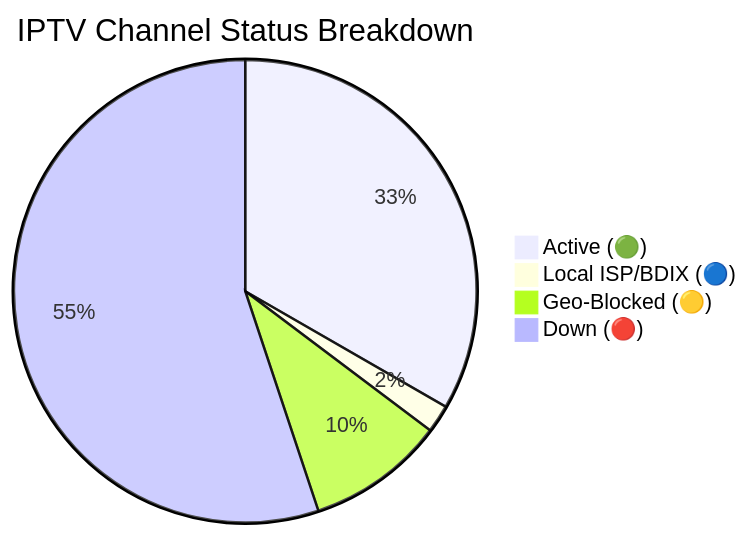
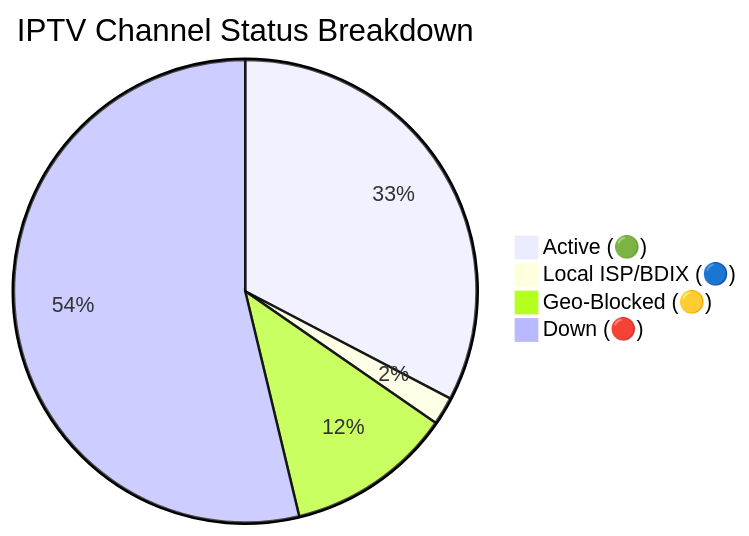
One commit to andreataylord/Ip-tv-Collection changed the diagram in README.md. Above: the diagram before and after it, drawn with Mermaid. The commit also changed other lines of this file and 2 other files, not shown here.

````diff
--- a/README.md
+++ b/README.md
@@ -59,7 +59,7 @@
 ```mermaid
 pie title IPTV Channel Status Breakdown
-    "Active (🟢)" : 2181
+    "Active (🟢)" : 2144
     "Local ISP/BDIX (🔵)" : 128
-    "Geo-Blocked (🟡)" : 629
-    "Down (🔴)" : 3608
+    "Geo-Blocked (🟡)" : 763
+    "Down (🔴)" : 3527
 ```
````
